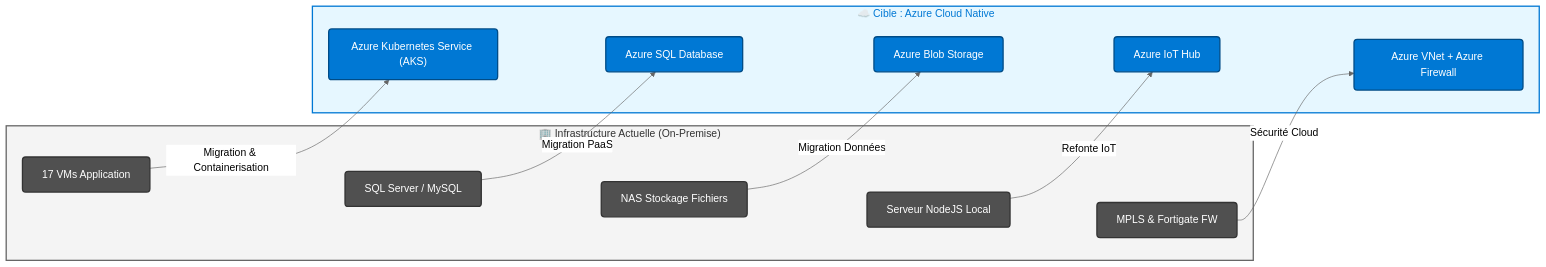
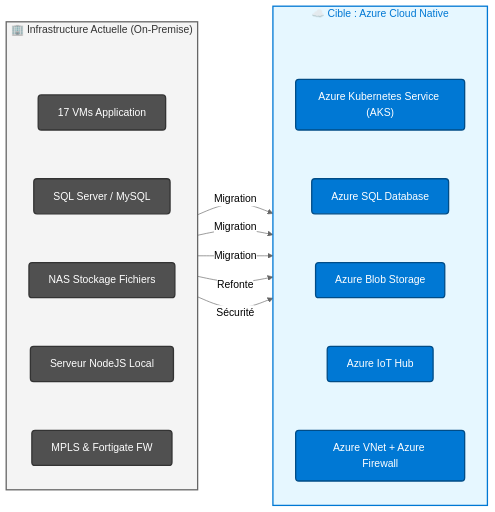
Before and after one commit to ilyessalmi/Data-Engineering-Projects: the diagram in 01-Migration-Cloud-Architecture/README.md, drawn with Mermaid (neutral theme).

Commit message:
Refactor migration diagram for clarity and structure

````diff
--- a/01-Migration-Cloud-Architecture/README.md
+++ b/01-Migration-Cloud-Architecture/README.md
@@ -32,41 +32,52 @@
 ```mermaid
 graph LR
-    %% Styles Definitions
+    %% Define Styles
     classDef azure fill:#0078D4,stroke:#004C87,stroke-width:2px,color:#fff,rx:5,ry:5;
     classDef onprem fill:#505050,stroke:#333,stroke-width:2px,color:#fff,rx:5,ry:5;
+    classDef hidden width:0px,height:0px,fill:none,stroke:none,color:transparent;
 
-    %% On-Premise Column
+    %% LEFT COLUMN: ON-PREMISE
     subgraph On_Premise ["🏢 Infrastructure Actuelle (On-Premise)"]
+        direction TB
+        %% Invisible Spacer to push content down
+        Space1[ ]:::hidden
+        
+        %% Nodes
         ServerApp["17 VMs Application"]:::onprem
         DB_SQL["SQL Server / MySQL"]:::onprem
         NAS["NAS Stockage Fichiers"]:::onprem
         IoT_Local["Serveur NodeJS Local"]:::onprem
         Network_Local["MPLS & Fortigate FW"]:::onprem
         
-        %% Force Vertical Stack with invisible links
-        ServerApp ~~~ DB_SQL ~~~ NAS ~~~ IoT_Local ~~~ Network_Local
+        %% Vertical Stack inside the column
+        Space1 ~~~ ServerApp ~~~ DB_SQL ~~~ NAS ~~~ IoT_Local ~~~ Network_Local
     end
 
-    %% Azure Column
+    %% RIGHT COLUMN: AZURE
     subgraph Azure_Target ["☁️ Cible : Azure Cloud Native"]
+        direction TB
+        %% Invisible Spacer to push content down
+        Space2[ ]:::hidden
+
+        %% Nodes
         AKS["Azure Kubernetes Service (AKS)"]:::azure
         AzSQL["Azure SQL Database"]:::azure
         Blob["Azure Blob Storage"]:::azure
         IoTHub["Azure IoT Hub"]:::azure
         AzNet["Azure VNet + Azure Firewall"]:::azure
 
-        %% Force Vertical Stack with invisible links
-        AKS ~~~ AzSQL ~~~ Blob ~~~ IoTHub ~~~ AzNet
+        %% Vertical Stack inside the column
+        Space2 ~~~ AKS ~~~ AzSQL ~~~ Blob ~~~ IoTHub ~~~ AzNet
     end
 
-    %% Real Connections (Left to Right)
-    ServerApp -->|Migration & Containerisation| AKS
-    DB_SQL -->|Migration PaaS| AzSQL
-    NAS -->|Migration Données| Blob
-    IoT_Local -->|Refonte IoT| IoTHub
-    Network_Local -->|Sécurité Cloud| AzNet
+    %% MIGRATION LINKS (Left to Right)
+    ServerApp -->|Migration| AKS
+    DB_SQL -->|Migration| AzSQL
+    NAS -->|Migration| Blob
+    IoT_Local -->|Refonte| IoTHub
+    Network_Local -->|Sécurité| AzNet
 
-    %% Subgraph Styling
+    %% Subgraph Background Colors
     style On_Premise fill:#f4f4f4,stroke:#666,stroke-width:2px,color:#333
     style Azure_Target fill:#e6f7ff,stroke:#0078D4,stroke-width:2px,color:#0078D4
 ```
````
